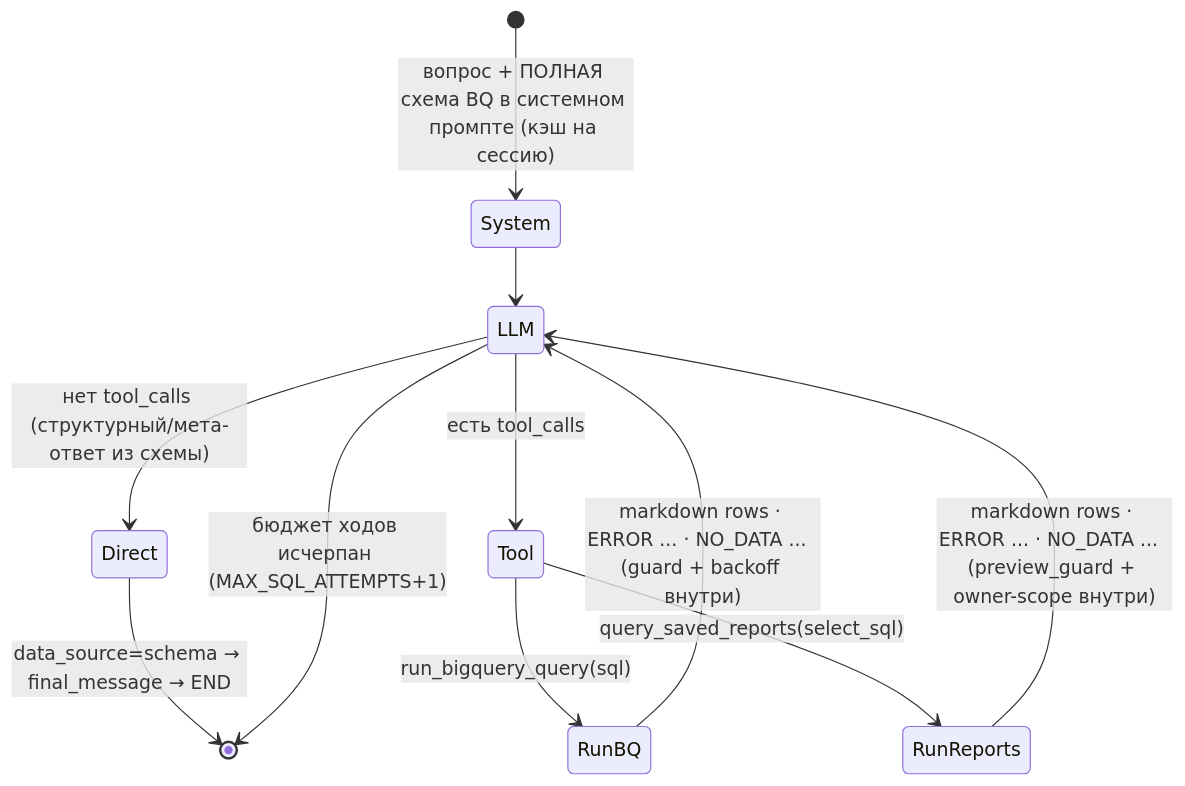
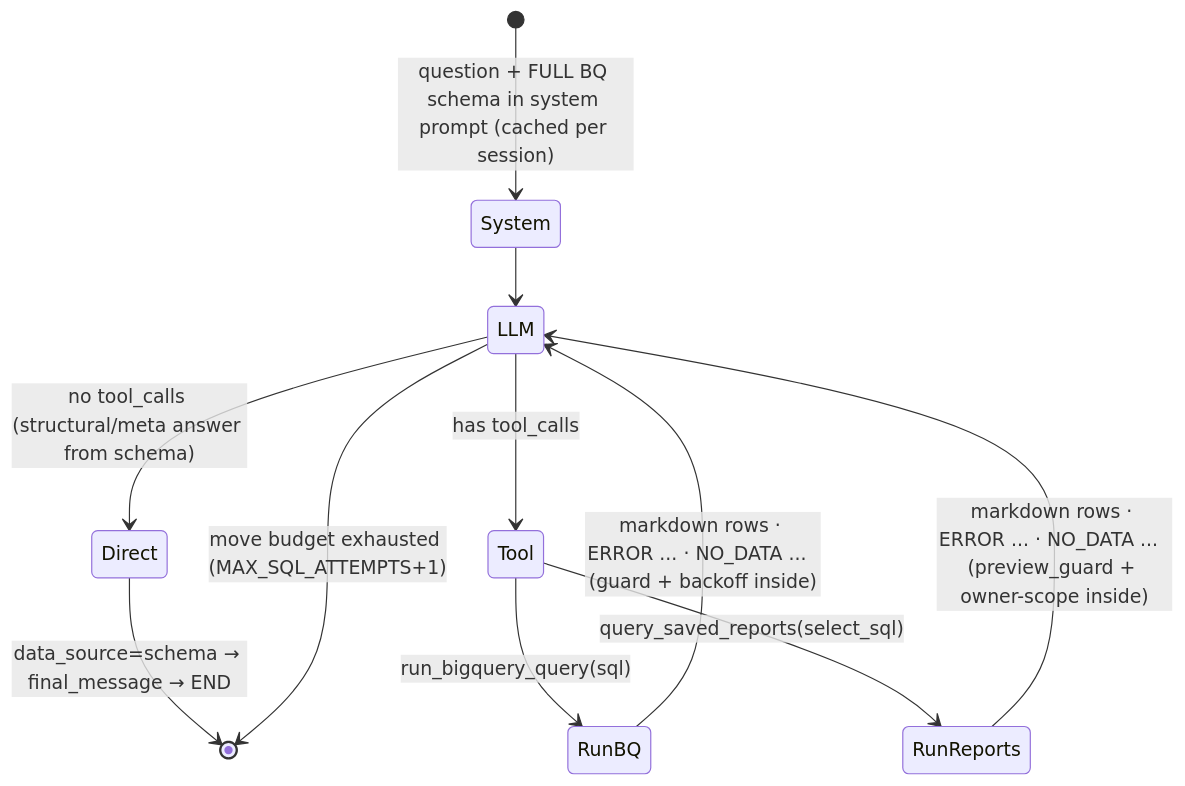
The second of 2 diagrams in Prototype.md (nikitopich/retail-data-analysis-assistant), drawn with Mermaid before and after one commit. The commit also changed other lines of this file and 19 other files, not shown here.

````diff
--- a/Prototype.md
+++ b/Prototype.md
@@ -131,19 +145,19 @@
 ```mermaid
 stateDiagram-v2
-    [*] --> System : вопрос + ПОЛНАЯ схема BQ в системном промпте (кэш на сессию)
+    [*] --> System : question + FULL BQ schema in system prompt (cached per session)
 
     System --> LLM
     state LLM <<choice>>
-    LLM --> Direct : нет tool_calls (структурный/мета-ответ из схемы)
-    LLM --> Tool : есть tool_calls
+    LLM --> Direct : no tool_calls (structural/meta answer from schema)
+    LLM --> Tool : has tool_calls
 
     state Tool <<choice>>
     Tool --> RunBQ : run_bigquery_query(sql)
     Tool --> RunReports : query_saved_reports(select_sql)
 
-    RunBQ --> LLM : markdown rows · ERROR ... · NO_DATA ...  (guard + backoff внутри)
-    RunReports --> LLM : markdown rows · ERROR ... · NO_DATA ...  (preview_guard + owner-scope внутри)
+    RunBQ --> LLM : markdown rows · ERROR ... · NO_DATA ...  (guard + backoff inside)
+    RunReports --> LLM : markdown rows · ERROR ... · NO_DATA ...  (preview_guard + owner-scope inside)
 
     Direct --> [*] : data_source=schema → final_message → END
-    LLM --> [*] : бюджет ходов исчерпан (MAX_SQL_ATTEMPTS+1)
+    LLM --> [*] : move budget exhausted (MAX_SQL_ATTEMPTS+1)
 ```
````
